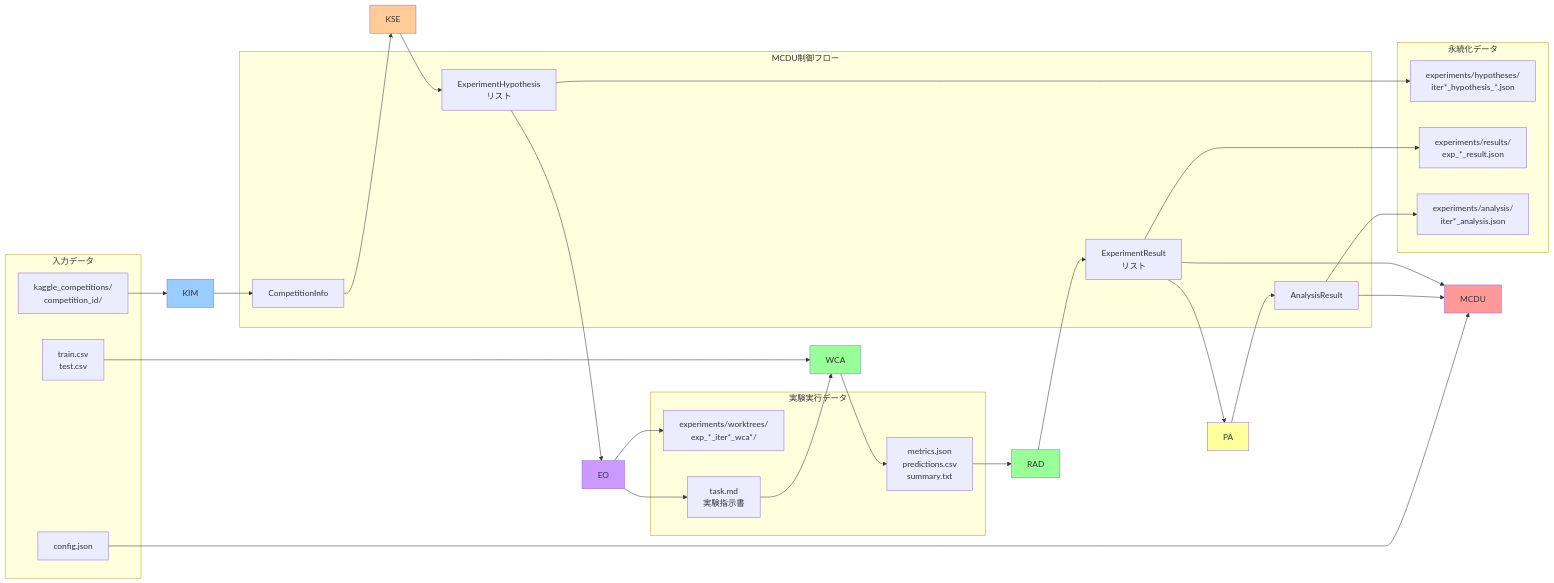
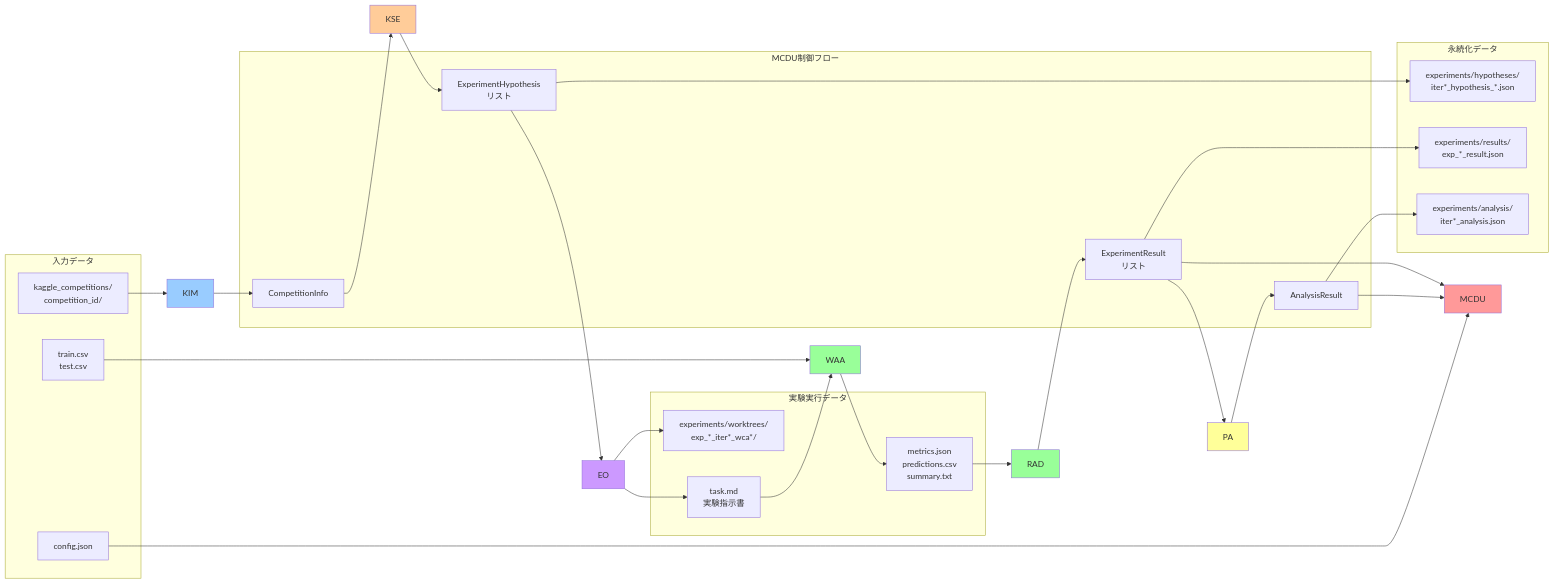
The sixth of 12 diagrams in docs/architecture/WORKFLOW_JAPANESE.md (harutasti/kaggle_automation), drawn with Mermaid before and after one commit. The commit also changed other lines of this file and 27 other files, not shown here.

````diff
--- a/docs/architecture/WORKFLOW_JAPANESE.md
+++ b/docs/architecture/WORKFLOW_JAPANESE.md
@@ -287,61 +287,61 @@
 ```mermaid
 graph LR
     subgraph "入力データ"
         Config[config.json]
         CrawlerData[kaggle_competitions/<br/>competition_id/]
         KaggleFiles[train.csv<br/>test.csv]
     end
 
     subgraph "MCDU制御フロー"
         CompInfo[CompetitionInfo]
         Hypotheses[ExperimentHypothesis<br/>リスト]
         Results[ExperimentResult<br/>リスト]
         Analysis[AnalysisResult]
     end
 
     subgraph "実験実行データ"
         Worktrees[experiments/worktrees/<br/>exp_*_iter*_wca*/]
         TaskMD[task.md<br/>実験指示書]
         ResultFiles[metrics.json<br/>predictions.csv<br/>summary.txt]
     end
 
     subgraph "永続化データ"
         HypothesisJSON[experiments/hypotheses/<br/>iter*_hypothesis_*.json]
         ResultsJSON[experiments/results/<br/>exp_*_result.json]
         AnalysisJSON[experiments/analysis/<br/>iter*_analysis.json]
     end
 
     Config --> MCDU
     CrawlerData --> KIM
     KIM --> CompInfo
     CompInfo --> KSE
 
     KSE --> Hypotheses
     Hypotheses --> HypothesisJSON
     Hypotheses --> EO
 
     EO --> Worktrees
     EO --> TaskMD
-    TaskMD --> WCA
-    KaggleFiles --> WCA
+    TaskMD --> WAA
+    KaggleFiles --> WAA
 
-    WCA --> ResultFiles
+    WAA --> ResultFiles
     ResultFiles --> RAD
     RAD --> Results
     Results --> ResultsJSON
 
     Results --> PA
     PA --> Analysis
     Analysis --> AnalysisJSON
 
     Analysis --> MCDU
     Results --> MCDU
 
     style MCDU fill:#ff9999
     style KIM fill:#99ccff
     style KSE fill:#ffcc99
     style EO fill:#cc99ff
-    style WCA fill:#99ff99
+    style WAA fill:#99ff99
     style RAD fill:#99ff99
     style PA fill:#ffff99
 ```
````
